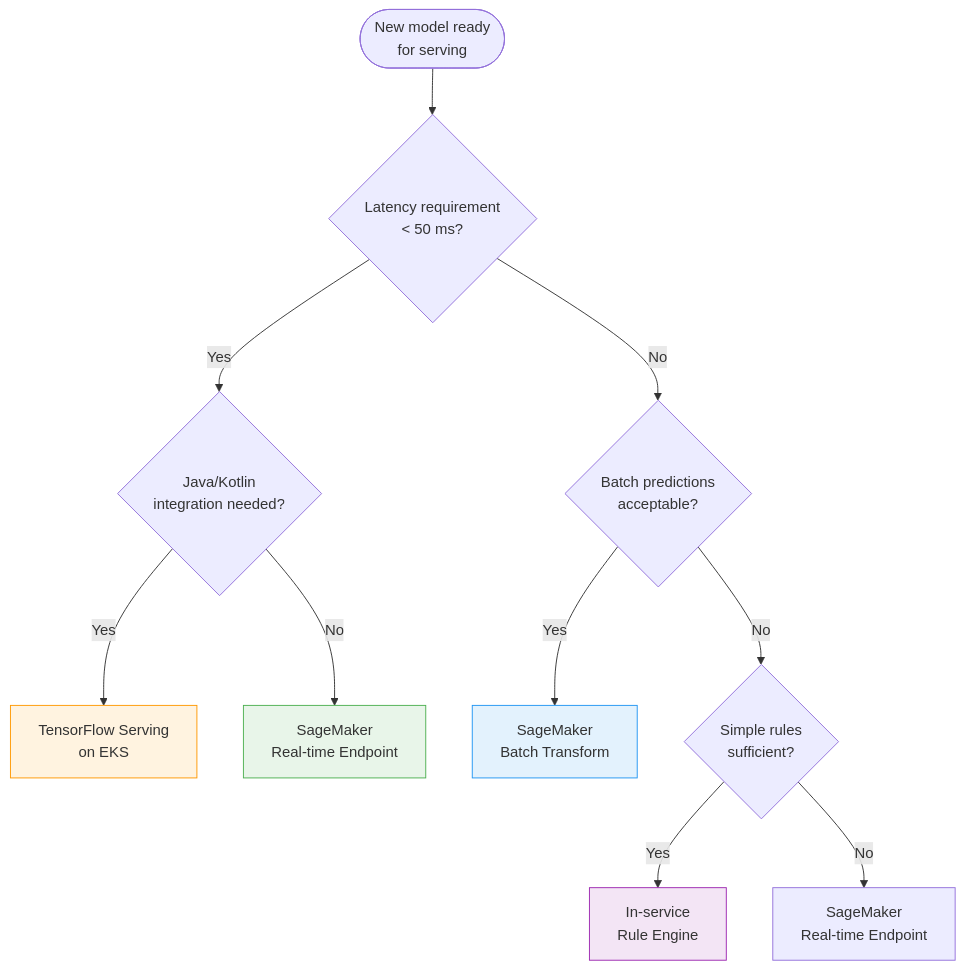
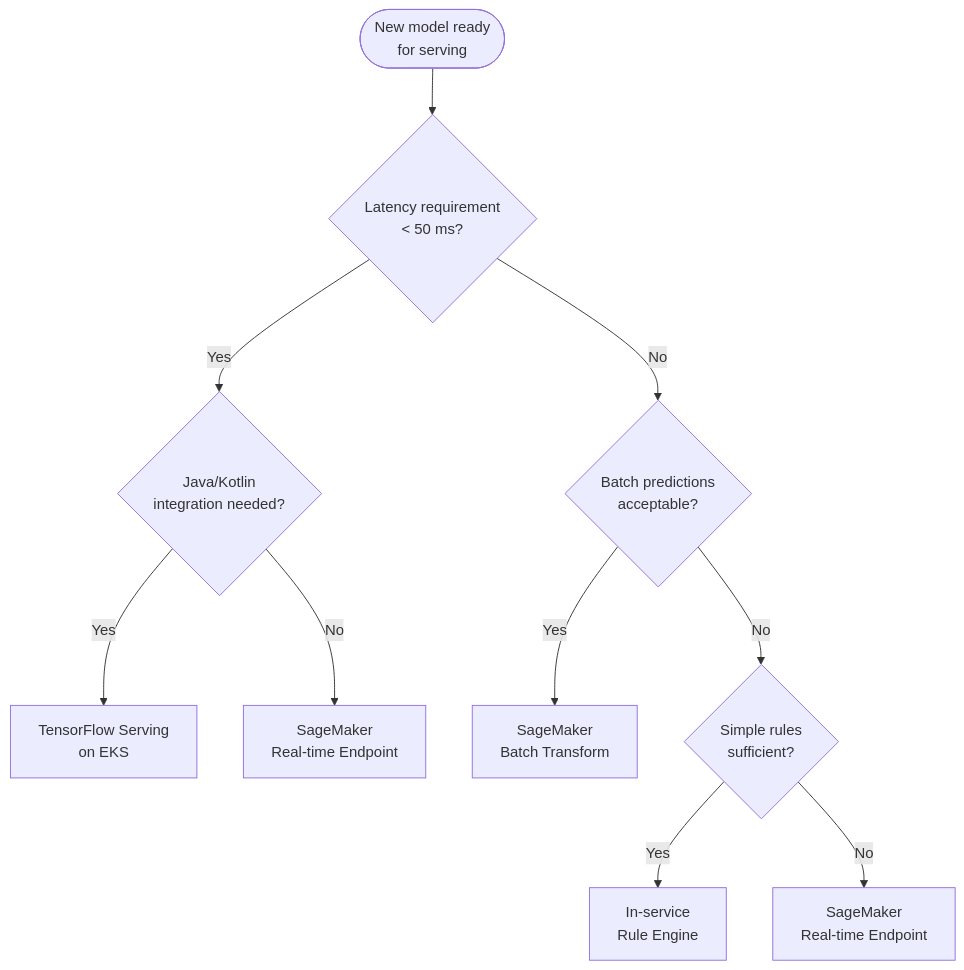
One commit to rishikeshdhokare/platform-manifesto changed the second of 6 diagrams in 10-ai-ml-platform/01-ml-platform.md. Above: the diagram before and after it, drawn with Mermaid. The commit also changed other lines of this file and 14 other files, not shown here.

First line of the commit message:
fix: remove mermaid style directives (119 lines across 15 files)

````diff
--- a/10-ai-ml-platform/01-ml-platform.md
+++ b/10-ai-ml-platform/01-ml-platform.md
@@ -102,19 +102,15 @@
 ```mermaid
 flowchart TD
     Start([New model ready<br/>for serving]) --> Q1{Latency requirement<br/>< 50 ms?}
 
     Q1 -->|Yes| Q1a{Java/Kotlin<br/>integration needed?}
     Q1a -->|Yes| TFS[TensorFlow Serving<br/>on EKS]
     Q1a -->|No| SMRT[SageMaker<br/>Real-time Endpoint]
 
     Q1 -->|No| Q2{Batch predictions<br/>acceptable?}
     Q2 -->|Yes| SMBT[SageMaker<br/>Batch Transform]
     Q2 -->|No| Q3{Simple rules<br/>sufficient?}
     Q3 -->|Yes| Rules[In-service<br/>Rule Engine]
     Q3 -->|No| SMRT2[SageMaker<br/>Real-time Endpoint]
 
-    style SMRT fill:#e8f5e9,stroke:#4caf50
-    style SMBT fill:#e3f2fd,stroke:#2196f3
-    style TFS fill:#fff3e0,stroke:#ff9800
-    style Rules fill:#f3e5f5,stroke:#9c27b0
 ```
````
